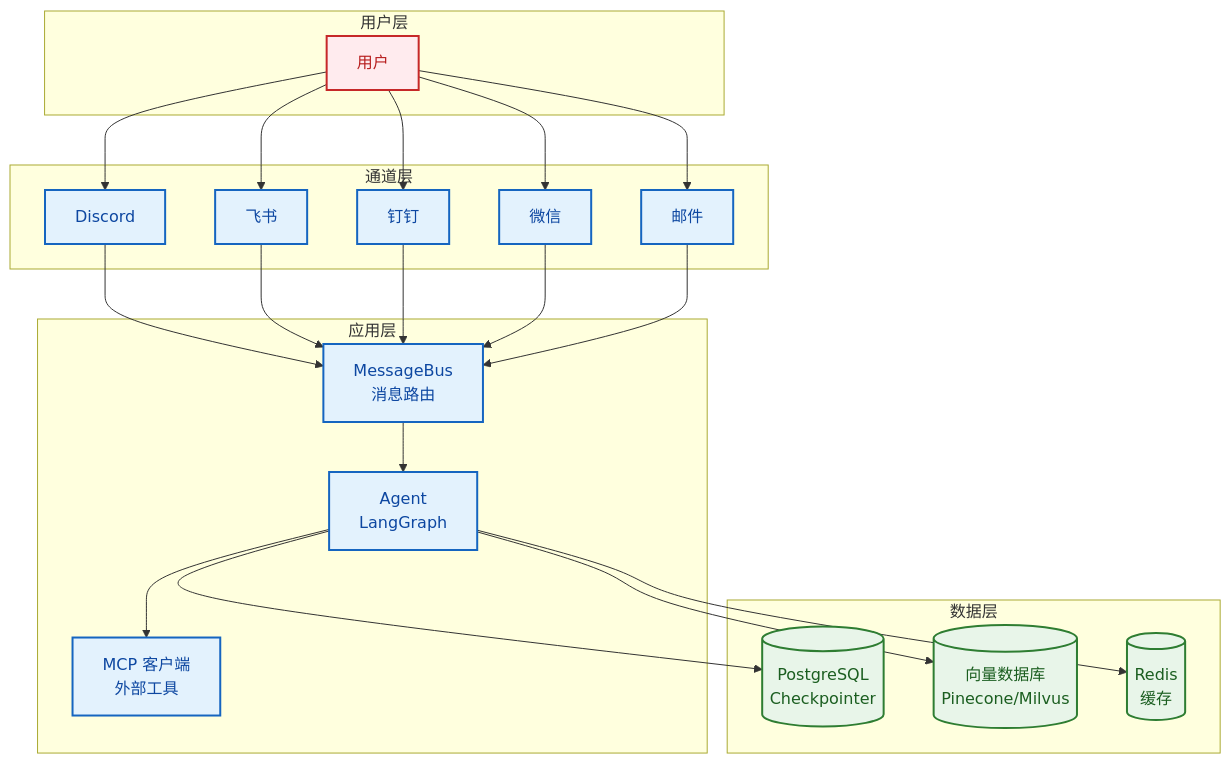
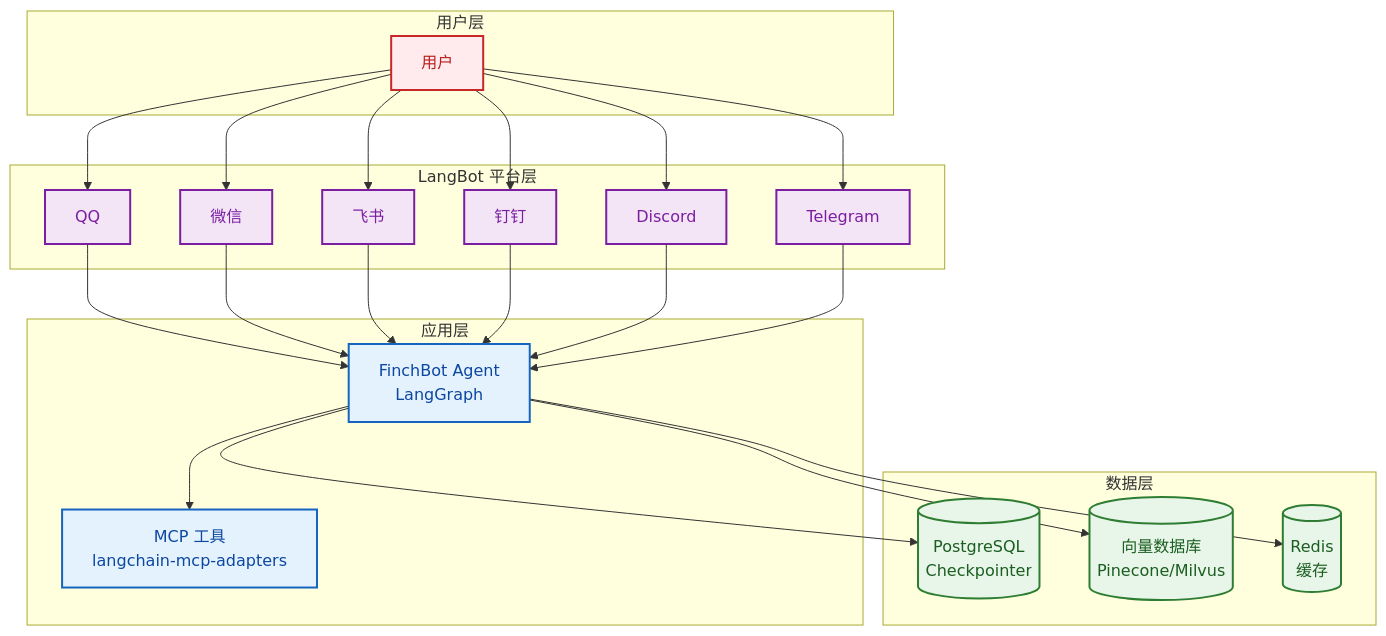
Before and after one commit to xt765/FinchBot: the first of 2 diagrams in docs/zh-CN/deployment.md, drawn with Mermaid. The commit also changed 30 other files, not shown here.

First line of the commit message:
refactor: 使用 langchain-mcp-adapters 和 LangBot 重构 MCP 和 Channel 模块

````diff
--- a/docs/zh-CN/deployment.md
+++ b/docs/zh-CN/deployment.md
@@ -208,36 +208,36 @@
 ```mermaid
 flowchart TB
     classDef userLayer fill:#ffebee,stroke:#c62828,stroke-width:2px,color:#b71c1c;
     classDef appLayer fill:#e3f2fd,stroke:#1565c0,stroke-width:2px,color:#0d47a1;
     classDef dataLayer fill:#e8f5e9,stroke:#2e7d32,stroke-width:2px,color:#1b5e20;
+    classDef langbot fill:#f3e5f5,stroke:#7b1fa2,stroke-width:2px,color:#7b1fa2;
 
     subgraph Users [用户层]
         U[用户]:::userLayer
     end
 
-    subgraph Channels [通道层]
-        Discord[Discord]:::appLayer
-        Feishu[飞书]:::appLayer
-        DingTalk[钉钉]:::appLayer
-        WeChat[微信]:::appLayer
-        Email[邮件]:::appLayer
+    subgraph LangBot [LangBot 平台层]
+        QQ[QQ]:::langbot
+        WeChat[微信]:::langbot
+        Feishu[飞书]:::langbot
+        DingTalk[钉钉]:::langbot
+        Discord[Discord]:::langbot
+        Telegram[Telegram]:::langbot
     end
 
     subgraph App [应用层]
-        Bus[MessageBus<br/>消息路由]:::appLayer
-        Agent[Agent<br/>LangGraph]:::appLayer
-        MCP[MCP 客户端<br/>外部工具]:::appLayer
+        Agent[FinchBot Agent<br/>LangGraph]:::appLayer
+        MCP[MCP 工具<br/>langchain-mcp-adapters]:::appLayer
     end
 
     subgraph Data [数据层]
         PG[(PostgreSQL<br/>Checkpointer)]:::dataLayer
         Vector[(向量数据库<br/>Pinecone/Milvus)]:::dataLayer
         Redis[(Redis<br/>缓存)]:::dataLayer
     end
 
-    U --> Discord & Feishu & DingTalk & WeChat & Email
-    Discord & Feishu & DingTalk & WeChat & Email --> Bus
-    Bus --> Agent
+    U --> QQ & WeChat & Feishu & DingTalk & Discord & Telegram
+    QQ & WeChat & Feishu & DingTalk & Discord & Telegram --> Agent
     Agent --> MCP
     Agent --> PG & Vector & Redis
 ```
````
